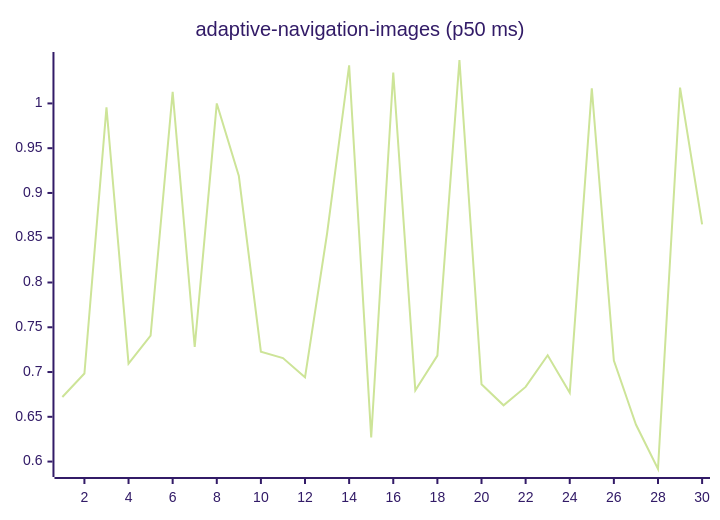
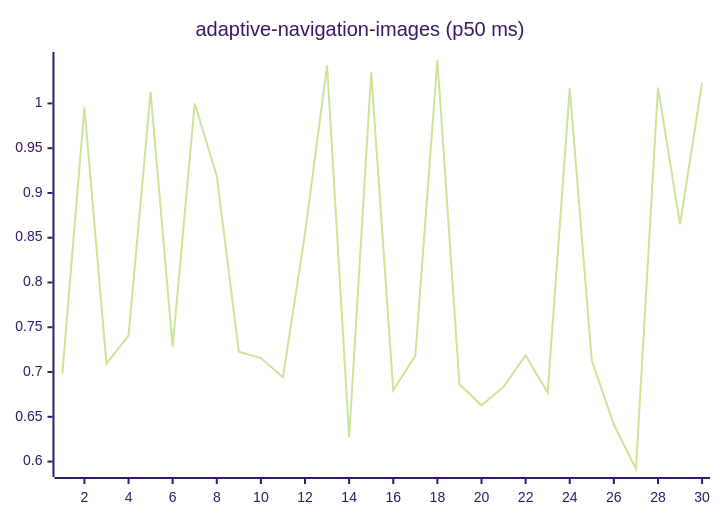
One commit to josha/Facet changed the first of 27 diagrams in README.md. Above: the diagram before and after it, drawn with Mermaid (forest theme). The commit also changed other lines of this file and 2 other files, not shown here.

````diff
--- a/README.md
+++ b/README.md
@@ -63,6 +63,6 @@
 ```mermaid
 xychart-beta
     title "adaptive-navigation-images (p50 ms)"
     x-axis 1 --> 30
-    line [0.6721, 0.6983, 0.9956, 0.7094, 0.7407, 1.0129, 0.7280, 1.0000, 0.9189, 0.7227, 0.7156, 0.6941, 0.8547, 1.0425, 0.6269, 1.0344, 0.6795, 0.7184, 1.0485, 0.6864, 0.6628, 0.6834, 0.7187, 0.6768, 1.0168, 0.7129, 0.6414, 0.5917, 1.0177, 0.8650]
+    line [0.6983, 0.9956, 0.7094, 0.7407, 1.0129, 0.7280, 1.0000, 0.9189, 0.7227, 0.7156, 0.6941, 0.8547, 1.0425, 0.6269, 1.0344, 0.6795, 0.7184, 1.0485, 0.6864, 0.6628, 0.6834, 0.7187, 0.6768, 1.0168, 0.7129, 0.6414, 0.5917, 1.0177, 0.8650, 1.0232]
 ```
````
